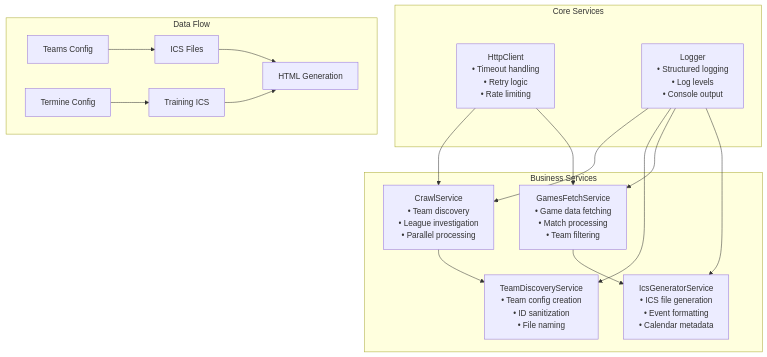
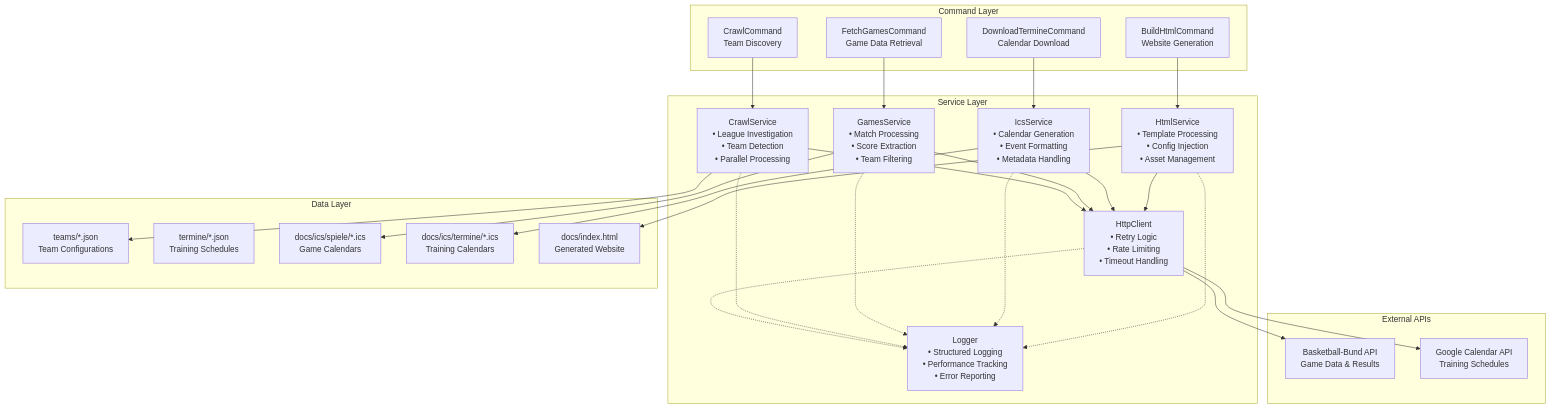
Before and after one commit to pkcpkc/bc-lions-moabit: the second of 3 diagrams in README.md, drawn with Mermaid. The commit also changed other lines of this file and 67 other files, not shown here.

Commit message:
refactoring a lot and game results and tests

````diff
--- a/README.md
+++ b/README.md
@@ -148,30 +49,55 @@
 ```mermaid
 graph TB
-    subgraph "Core Services"
-        A[HttpClient<br/>• Timeout handling<br/>• Retry logic<br/>• Rate limiting]
-        B[Logger<br/>• Structured logging<br/>• Log levels<br/>• Console output]
+    subgraph "Command Layer"
+        CMD1[CrawlCommand<br/>Team Discovery]
+        CMD2[FetchGamesCommand<br/>Game Data Retrieval]
+        CMD3[BuildHtmlCommand<br/>Website Generation]
+        CMD4[DownloadTermineCommand<br/>Calendar Download]
     end
 
-    subgraph "Business Services"
-        C[CrawlService<br/>• Team discovery<br/>• League investigation<br/>• Parallel processing]
-        D[TeamDiscoveryService<br/>• Team config creation<br/>• ID sanitization<br/>• File naming]
-        E[GamesFetchService<br/>• Game data fetching<br/>• Match processing<br/>• Team filtering]
-        F[IcsGeneratorService<br/>• ICS file generation<br/>• Event formatting<br/>• Calendar metadata]
+    subgraph "Service Layer"
+        SVC1[HttpClient<br/>• Retry Logic<br/>• Rate Limiting<br/>• Timeout Handling]
+        SVC2[CrawlService<br/>• League Investigation<br/>• Team Detection<br/>• Parallel Processing]
+        SVC3[GamesService<br/>• Match Processing<br/>• Score Extraction<br/>• Team Filtering]
+        SVC4[IcsService<br/>• Calendar Generation<br/>• Event Formatting<br/>• Metadata Handling]
+        SVC5[HtmlService<br/>• Template Processing<br/>• Config Injection<br/>• Asset Management]
+        SVC6[Logger<br/>• Structured Logging<br/>• Performance Tracking<br/>• Error Reporting]
     end
 
-    subgraph "Data Flow"
-        G[Teams Config] --> H[ICS Files]
-        I[Termine Config] --> J[Training ICS]
-        H --> K[HTML Generation]
-        J --> K
+    subgraph "Data Layer"
+        DATA1[teams/*.json<br/>Team Configurations]
+        DATA2[termine/*.json<br/>Training Schedules]
+        DATA3[docs/ics/spiele/*.ics<br/>Game Calendars]
+        DATA4[docs/ics/termine/*.ics<br/>Training Calendars]
+        DATA5[docs/index.html<br/>Generated Website]
     end
 
-    A --> C
-    A --> E
-    B --> C
-    B --> D
-    B --> E
-    B --> F
-    C --> D
-    E --> F
+    subgraph "External APIs"
+        API1[Basketball-Bund API<br/>Game Data & Results]
+        API2[Google Calendar API<br/>Training Schedules]
+    end
+
+    CMD1 --> SVC2
+    CMD2 --> SVC3
+    CMD3 --> SVC5
+    CMD4 --> SVC4
+
+    SVC2 --> SVC1
+    SVC3 --> SVC1
+    SVC4 --> SVC1
+    SVC5 --> SVC1
+
+    SVC1 --> API1
+    SVC1 --> API2
+
+    SVC2 --> DATA1
+    SVC3 --> DATA3
+    SVC4 --> DATA4
+    SVC5 --> DATA5
+
+    SVC1 -.-> SVC6
+    SVC2 -.-> SVC6
+    SVC3 -.-> SVC6
+    SVC4 -.-> SVC6
+    SVC5 -.-> SVC6
 ```
````
